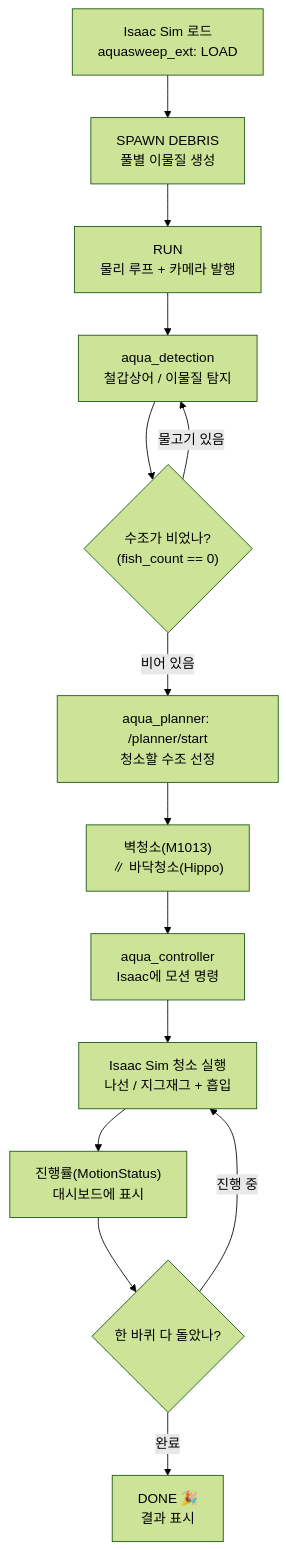
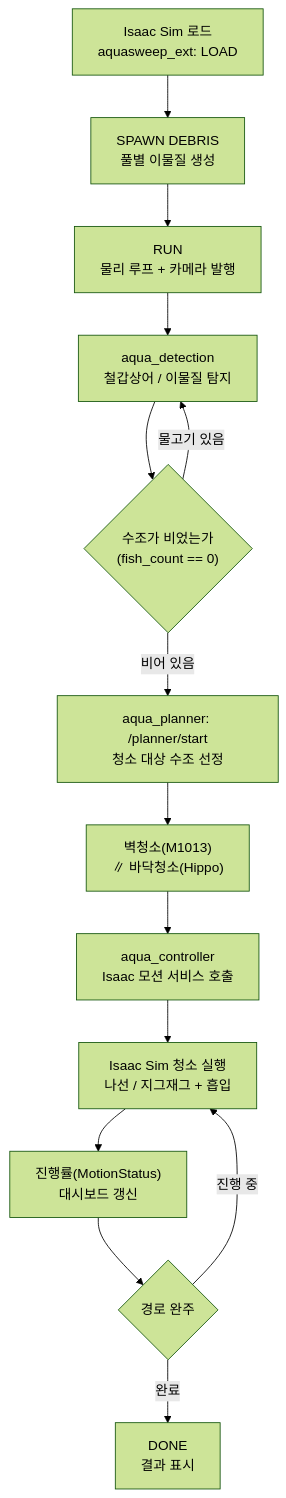
The second of 2 diagrams in README.md (yevettee/AquaSweep), drawn with Mermaid (forest theme) before and after one commit. The commit also changed other lines of this file, not shown here.

````diff
--- a/README.md
+++ b/README.md
@@ -122,16 +117,16 @@
 ```mermaid
 flowchart TD
     A["Isaac Sim 로드<br/>aquasweep_ext: LOAD"] --> B["SPAWN DEBRIS<br/>풀별 이물질 생성"]
     B --> C["RUN<br/>물리 루프 + 카메라 발행"]
     C --> D["aqua_detection<br/>철갑상어 / 이물질 탐지"]
-    D --> E{"수조가 비었나?<br/>(fish_count == 0)"}
+    D --> E{"수조가 비었는가<br/>(fish_count == 0)"}
     E -->|"물고기 있음"| D
-    E -->|"비어 있음"| F["aqua_planner: /planner/start<br/>청소할 수조 선정"]
+    E -->|"비어 있음"| F["aqua_planner: /planner/start<br/>청소 대상 수조 선정"]
     F --> G["벽청소(M1013)<br/>∥ 바닥청소(Hippo)"]
-    G --> H["aqua_controller<br/>Isaac에 모션 명령"]
+    G --> H["aqua_controller<br/>Isaac 모션 서비스 호출"]
     H --> I["Isaac Sim 청소 실행<br/>나선 / 지그재그 + 흡입"]
-    I --> J["진행률(MotionStatus)<br/>대시보드에 표시"]
-    J --> K{"한 바퀴 다 돌았나?"}
+    I --> J["진행률(MotionStatus)<br/>대시보드 갱신"]
+    J --> K{"경로 완주"}
     K -->|"진행 중"| I
-    K -->|"완료"| L["DONE 🎉<br/>결과 표시"]
+    K -->|"완료"| L["DONE<br/>결과 표시"]
 ```
````
